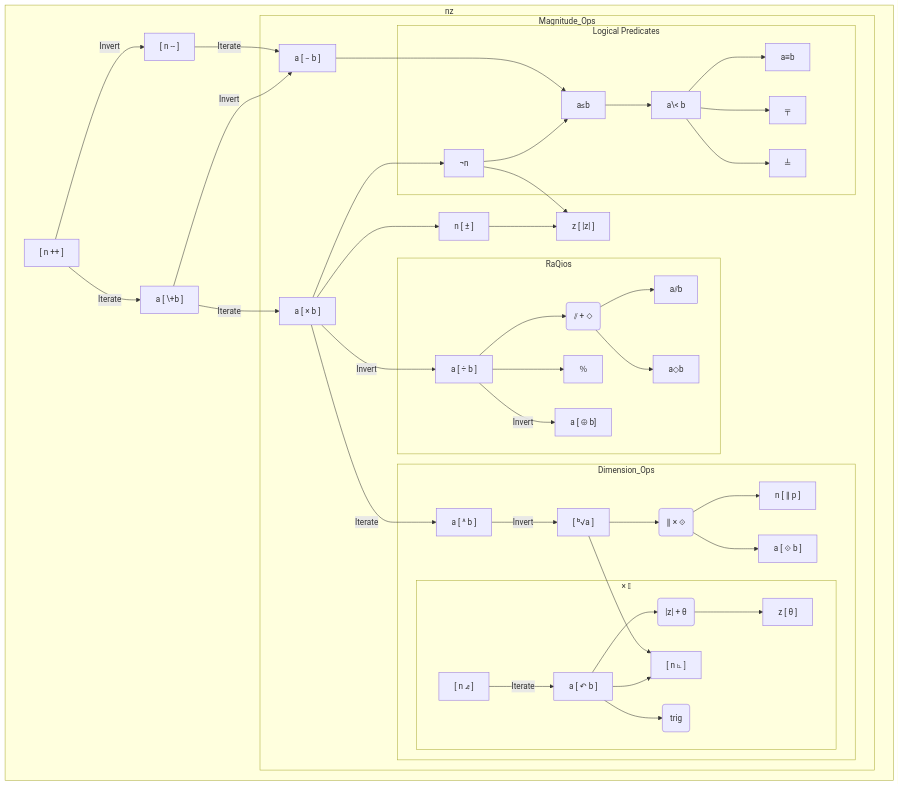
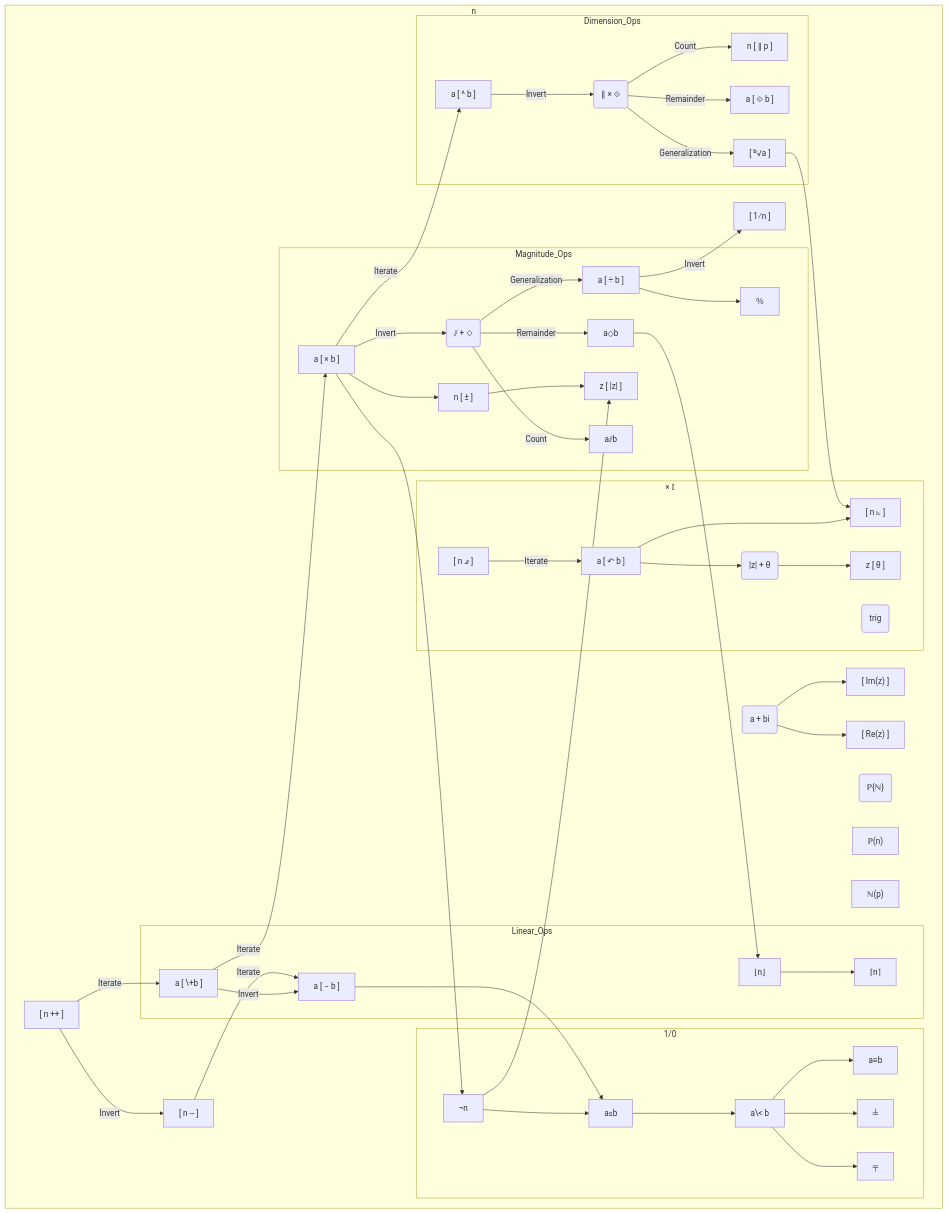
Before and after one commit to Gammapod/AutoCalc: the diagram in docs/design_refs/dependency_map.mmd, drawn with Mermaid. The commit also changed 2 other files, not shown here.

```diff
--- a/docs/design_refs/dependency_map.mmd
+++ b/docs/design_refs/dependency_map.mmd
@@ -14,153 +14,189 @@
 %% Expanded form `5 [ ! ]` -> `[ Πℕ{1..5} ]` (would resolve to 120)
 
 flowchart TD
-    subgraph Step_Horizontal_Vertical_Ops ["nz"]
-        Sinc["[ n ++ ]"]
-        %% Primitive
-        %% Expanded form `[ 4 ++ ]` -> `[ 4 ℕ{..3 4◌⃕5..} ]`
-        %% Completes ℕ on its own
 
-        Sdec["[ n -- ]"]
-        %% Expanded form `[ 4 –– ]` -> `[ 4 ℤ{..3◌⃔4 5..} ]`
-        %% Expanded form `[ 4 –– ]` -> `[ 4 ++⮌ ]`
-        %% Completes ℤ with ++
+    subgraph Step_Identities ["n"]
+        Sinc
+        Sdec
 
-        Sminus["a [ − b ]"]
-        %% Expanded form `[ 4 - 3 ]` -> `[ 4 –– –– –– ]`
-        %% Expanded form `[ 4 - 3 ]` -> `[ 4 +⮌ 3 ]`
+        Sc_tuple
+        Simag
+        Sreal
 
-        Splus["a [ \+b ]"]
-        %% Expanded form `[ 4 + 3 ]` -> `[ 4 ++ ++ ++ ]`  
+        Sp_tuple
+        Snthprime
+        Sindexofp
+        Srecip
+        
+    subgraph Boolean_Identities ["1/0"]
+        Bnotp
+        Bnotgt
+        Bless
+        Beq
+        Bmax
+        Bminim
+    end
 
-        %% Sfloor["⌊n⌋"]
-        %% %% Expanded form `[ ⌊(4/3)⌋ ]` -> `[ (4/3) - ((4/3) ◇ 1) ]`
-        %% Sceil["⌈n⌉"]
-        %% %% %% Expanded form `[ ⌈(4/3)⌉ ]` -> `[ (4/3) + (1 - ((4/3) ◇ 1)) ]`
+    subgraph Linear_Ops
+        Lplus
+        Lminus
 
-        %% Mc_tuple("Re(z) + Im(z)")
-        %% %% Primitives
-        %% Mc_tuple --> Mimag["[ Im(z) ]"]
-        %% %% Expanded form `[ Im(z) ]` -> `[ n - a ↶ 12 ] ]`
-        %% %% Returns the imaginary component (`b` from `a + b×i`) from part of n, 0 possible
-        %% Mc_tuple --> Mreal["[ Re(z) ]"]
-        %% %% Returns the non-imaginary component (`a` from `a + b×i`) from part of n, 0 possible
+        Lfloor
+        Lceil
+    end
+
+    subgraph Magnitude_Ops
+        Mmul
+        Mneg
+        Mmodulus
+        Mdivtuple
+        Meudiv
+        Mmod
+        Mdiv
+        Mper
+    end
+
+    subgraph Dimension_Ops    
+        Epow
+
+        Eradical
+
+        E_tuple
+        Eeurad
+        Eresid           
+    end
+
+    subgraph Rotation_Ops ["× 𝕀"]
+        Rtwentyfourth
+        Rrotate
+        Rquarter
+        Rc_tuple
+        Rtheta
+        Rtrig("trig")
+    end     
+    end
 
 
-        subgraph Magnitude_Ops
-            Mmul["a [ × b ]"]
-            %% Expanded form `[ 4 × 3 ]` -> `[ 4 +4 +4 ]`
+%% Step
+    Sinc["[ n ++ ]"]
+    %% Primitive
+    %% Expanded form `[ 4 ++ ]` -> `[ 4 ℕ{..3 4◌⃕5..} ]`
+    %% Completes ℕ on its own
+    Sinc -->|Invert| Sdec["[ n -- ]"]
+    %% Expanded form `[ 4 –– ]` -> `[ 4 ℤ{..3◌⃔4 5..} ]`
+    %% Expanded form `[ 4 –– ]` -> `[ 4 ++⮌ ]`
+    %% Completes ℤ with ++
+    Sc_tuple("a + bi")
+    %% %% Primitives
+    Sc_tuple --> Simag["[ Im(z) ]"]
+    %% %% Expanded form `[ Im(z) ]` -> `[ n - a ↶ 12 ] ]`
+    %% %% Returns the imaginary component (`b` from `a + b×i`) from part of n, 0 possible
+    Sc_tuple --> Sreal["[ Re(z) ]"]
+    %% %% Returns the non-imaginary component (`a` from `a + b×i`) from part of n, 0 possible
 
-            Mneg["n [ ± ]"]
-            %% Expanded form `[ 4 ± ]` -> `[ 4 × -1 ] ]`
-            %% Expanded form `4 [ ± ]` -> `4 [ ↶ 12 ] ]`
+    Mdiv -->|Invert| Srecip["[ 1⁄n ]"]
+    %% Expanded form `(4/3) [ 1⁄n ]` -> `[ 3 ÷ 4 ]` 
 
-            Mmodulus["z [ |z| ]"]
-            %% Expanded form `[ |4| ]` -> `[ √(Re(4)² + Im(4)²) ]
-            %% Expanded form `[ |4| ]` -> `[ ¬(4) × ±(4) ] + [ ¬¬(4) × (4)  ]`
+    Sp_tuple("ℙ{ℕ}")
+    Snthprime["ℙ(n)"]
+    %% Primitive
+    %% Returns nth prime. ℙ(3) = 5
+    Sindexofp["ℕ(p)"]
+    %% Returns index of prime p. ℙ^-1(5) = 3
+%% 
+%% Linear
+    Lplus -->|Invert| Lminus["a [ − b ]"]
+    %% Expanded form `[ 4 - 3 ]` -> `[ 4 +⮌ 3 ]`
+    Sdec -->|Iterate| Lminus["a [ − b ]"]
+    %% Expanded form `[ 4 - 3 ]` -> `[ 4 –– –– –– ]`
+    Sinc -->|Iterate| Lplus["a [ \+b ]"]
+    %% Expanded form `[ 4 + 3 ]` -> `[ 4 ++ ++ ++ ]`  
+    Mmod --> Lfloor["⌊n⌋"]
+    %% Expanded form `[ ⌊(4/3)⌋ ]` -> `[ (4/3) - ((4/3) ◇ 1) ]`
+    Lfloor --> Lceil["⌈n⌉"]
+    %% Expanded form `[ ⌈(4/3)⌉ ]` -> `[ (4/3) + (1 - ((4/3) ◇ 1)) ]`
+%% 
+%% Magnitude
+    Mmul --> Mneg["n [ ± ]"]
+    %% Expanded form `[ 4 ± ]` -> `[ 4 × -1 ] ]`
+    %% Expanded form `4 [ ± ]` -> `4 [ ↶ 12 ] ]`
+    
+    Lplus -->|Iterate| Mmul["a [ × b ]"]
+    %% Expanded form `[ 4 × 3 ]` -> `[ 4 +4 +4 ]`
+    %% Simag --> Mmodulus
+    %% Sreal --> Mmodulus
+    %% Rrotate -->|Iterate| Mneg["n±"]
+    
+    Mneg --> Mmodulus["z [ |z| ]"]
+    
+    Bnotp --> Mmodulus["z [ |z| ]"]
+    %% Expanded form `[ |4| ]` -> `[ √(Re(4)² + Im(4)²) ]
+    %% Expanded form `[ |4| ]` -> `[ ¬(4) × ±(4) ] + [ ¬¬(4) × (4)  ]`
 
-            subgraph RaQios
+    Mmul -->|Invert| Mdivtuple("⫽ + ◇")
 
-                Qdiv["a [ ÷ b ]"]
-                %% Expanded form `[ 4 ÷ 3 ]` -> `[ 4 × (⅓) ]`
-                %% Expanded form `[ 4 ÷ 3 ]` -> `[ 4 ×⮌ 3 ]`    
+    Mdivtuple -->|Count| Meudiv["a⫽b"]
+    %% Expanded form `[ 4 ⫽ 3 ]` -> `Σ[ ¬(4 – (3 × ℕ)) ]`
 
-                Qrecip["a [ ⨸ b]"]
-                %% Expanded form `[ 4 ⨸ 3 ]` -> `[ 3 ÷ 4 ]` 
+    Mdivtuple -->|Remainder| Mmod["a◇b"]
+    %% Expanded form `[ 4 ◇ 3 ]` -> `[ 3 – (4 × (4 ⫽ 3)) ]`
 
-                Qdivtuple("⫽ + ◇")
-                Qdivtuple --> Meudiv["a⫽b"]
-                %% Expanded form `[ 4 ⫽ 3 ]` -> `Σ[ ¬(4 – (3 × ℕ)) ]`
-                Qdivtuple --> Mmod["a◇b"]
-                %% Expanded form `[ 4 ◇ 3 ]` -> `[ 3 – (4 × (4 ⫽ 3)) ]`
-                Qper["％"]
-                %% Expanded form `[ (a÷100) × b ]` <-- should 100 change based on base setting? 
-            end 
-            Mmul -->|Invert| Qdiv
-            Qdiv --> Qdivtuple
-            Qdiv --> Qper
-            Qdiv -->|Invert| Qrecip
-            
-            subgraph Dimension_Ops    
-                Epow["a [ ^ b ]"]
-                %% Expanded form `[ 4 ^ 3 ]` -> `[ 4 ×4 ×4 ]`
+    Mdivtuple -->|Generalization| Mdiv["a [ ÷ b ]"]
+    %% Expanded form `[ 4 ÷ 3 ]` -> `[ 4 × (⅓) ]`
+    %% Expanded form `[ 4 ÷ 3 ]` -> `[ 4 ×⮌ 3 ]`    
 
-                Eradical["[ ᵇ√a ]"]
-                %% Expanded form `[ ³√(4) ]` -> `[ 4 ^ (1/3) ]`
+    Mdiv --> Mper["％"]
+    %% Expanded form `[ (a÷100) × b ]` <-- should 100 change based on base setting? 
+    
+%% 
+%% Dimension
+    Mmul -->|Iterate| Epow["a [ ^ b ]"]
+    %% Expanded form `[ 4 ^ 3 ]` -> `[ 4 ×4 ×4 ]`
 
-                euradtuple("∥ × ⟐")
-                euradtuple --> Eeurad["n [ ∥ p ]"]
-                %% Expanded form `[ 4 ∥ 3 ]` -> `Σ[ ¬(4 ◇ (3 ^ ℕ)) ]`
+    Epow -->|Invert| E_tuple("∥ × ⟐")
 
-                euradtuple --> Eresid["a [ ⟐ b ]"]
-                %% Expanded form `[ 4 ⟐ 3 ]` -> `[ 4 ÷ (3 ^ (4 ∥ 3)) ]`
+    E_tuple -->|Count| Eeurad["n [ ∥ p ]"]
+    %% Expanded form `[ 4 ∥ 3 ]` -> `Σ[ ¬(4 ◇ (3 ^ ℕ)) ]`
 
-                subgraph Rotation_Ops ["× 𝕀"]
-                    %% VITAL UX: make it abundantly clear that each rotation "unit" is 1/24 of a circle, or pi/12 radians. The math behind the scenes will be (n × e^(i*2pi*(n/24)))
-                    Rtwentyfourth["[ n ⦨ ]"]
-                    %% Primitive
-                    %% Expanded form `[ 4 ⦨ ]` -> `[ 4 × e^(iπ/12)]`
-                    Rrotate["a [ ↶ b ]"]
-                    %% Expanded form `[ 4 ↶ 3 ]` -> `[ 4 × e^{i×2π×(3/24) ]`
-                    %% Expanded form `[ 4 ↶ 3 ]` -> `[ 4 ⦨ ⦨ ⦨ ]`
-                    Rquarter["[ n ⦜ ]"]
-                    %% Primitive?
-                    %% Expanded form `[ 4 ⦜ ]` -> `[ 4 ↶ 6 ]`
-                    %% Expanded form `[ 4 ⦜ ]` -> `[ 4 × √(-1) ]`
-                    Rc_tuple("|z| + θ")
-                    Rc_tuple --> Rtheta["z [ θ ]"]
-                    %% Expanded form `[ z θ ]` -> `[ ln(z{6+7i}/|{6+7i}|)/√(-1)]`
-                    Rtrig("trig")
-                end
-                
-                Rtwentyfourth -->|Iterate| Rrotate
-                Rrotate --> Rquarter
-                Eradical --> Rquarter["[ n ⦜ ]"]
-                Rrotate --> Rc_tuple("|z| + θ")
-                Rrotate --> Rtrig("trig")
-            end
-            Epow -->|Invert| Eradical["[ ᵇ√a ]"]
-            Mmul -->|Iterate| Epow["a [ ^ b ]"]
-            Eradical --> euradtuple
+    E_tuple -->|Remainder| Eresid["a [ ⟐ b ]"]
+    %% Expanded form `[ 4 ⟐ 3 ]` -> `[ 4 ÷ (3 ^ (4 ∥ 3)) ]`
+        
+    E_tuple -->|Generalization| Eradical["[ ᵇ√a ]"]
+    %% Expanded form `[ ³√(4) ]` -> `[ 4 ^ (1/3) ]`
+%%  
+%% Rotation
+    %% VITAL UX: make it abundantly clear that each rotation "unit" is 1/24 of a circle, or pi/12 radians. The math behind the scenes will be (n × e^(i*2pi*(n/24)))
+    Rtwentyfourth["[ n ⦨ ]"]
+    %% Primitive
+    %% Expanded form `[ 4 ⦨ ]` -> `[ 4 × e^(iπ/12)]`
+    Rtwentyfourth -->|Iterate| Rrotate["a [ ↶ b ]"]
+    %% Expanded form `[ 4 ↶ 3 ]` -> `[ 4 × e^{i×2π×(3/24) ]`
+    %% Expanded form `[ 4 ↶ 3 ]` -> `[ 4 ⦨ ⦨ ⦨ ]`
+    Rrotate --> Rquarter["[ n ⦜ ]"]
+    %% Expanded form `[ 4 ⦜ ]` -> `[ 4 ↶ 6 ]`
+    Eradical --> Rquarter["[ n ⦜ ]"]
+    %% Expanded form `[ 4 ⦜ ]` -> `[ 4 × √(-1) ]`
+    Rrotate --> Rc_tuple("|z| + θ")
 
-            subgraph Logic ["Logical Predicates"]
-                Lnot["¬n"]
-                %% Primitive
-                %% Expanded form `[ 0 ≤ n ]
-                Llte["a≤b"]
-                %% Expanded form `[ ¬(a-b) ]
-                Llt["a\< b"]
-                %% Expanded form `[ (a≤b) × ¬(¬(a-b))]
-                Leq["a≡b"]
-                %% Expanded form `[ ¬((a<b) + (b<a)) ]
-                Lmax["╧"]
-                %% Expanded form `[ ((a<b)×b) + ¬((a≤b)×a) ]`
-                Lmin["╤"]  
-                %% Expanded form `[ ((a<b)×a) + ¬((a≤b)×b) ]`
-
-            end
-            Mmul --> Lnot
-            Lnot --> Llte
-            Llte --> Llt
-            Llt --> Leq
-            Llt --> Lmin
-            Llt --> Lmax
-            Sminus --> Llte
-
-        end
-        Mmul --> Mneg
-        Splus -->|Iterate| Mmul["a [ × b ]"]
-        %% Mimag --> Mmodulus
-        %% Mreal --> Mmodulus
-        %% Rrotate -->|Iterate| Mneg["n±"]
-        Mneg --> Mmodulus
-        Lnot --> Mmodulus
-    end
-    Sinc -->|Invert| Sdec["[ n -- ]"]
-    Splus -->|Invert| Sminus["a [ − b ]"]
-    Sdec -->|Iterate| Sminus["a [ − b ]"]
-    Sinc -->|Iterate| Splus["a [ \+b ]"]
-    %% Mmod --> Sfloor
-    %% Sfloor --> Sceil
+    Rc_tuple --> Rtheta["z [ θ ]"]
+    %% Expanded form `[ z θ ]` -> `[ ln(z{6+7i}/|{6+7i}|)/√(-1)]`
+%% 
+%% Logic
+    Mmul --> Bnotp["¬n"]
+    %% Primitive
+    %% Expanded form `[ 0 ≤ n ]
+    Bnotp --> Bnotgt["a≤b"]
+    %% Expanded form `[ ¬(a-b) ]
+    Bnotgt --> Bless["a\< b"]
+    %% Expanded form `[ (a≤b) × ¬(¬(a-b))]
+    Bless --> Beq["a≡b"]
+    %% Expanded form `[ ¬((a<b) + (b<a)) ]
+    Bless --> Bmax["╧"]
+    %% Expanded form `[ ((a<b)×b) + ¬((a≤b)×a) ]`
+    Bless --> Bminim["╤"]  
+    %% Expanded form `[ ((a<b)×a) + ¬((a≤b)×b) ]`
+    Lminus --> Bnotgt
+%% 
 
 %%     subgraph Digits ["Digit Manipulation"]
 %%     %% Currently a dead-end; could lead to more complex cycles
@@ -184,37 +220,32 @@
 %%     Dcount --> Ddigsq
 %%     Dsort --> Drotate
 %%     Dsort --> Dmirror
-%%     Llte --> Digits
+%%     Bnotgt --> Digits
 %%     Mmod --> Ddig
 
 %% subgraph P_Theory ["Returns ℙ (2)"]
 %% %% Still conceptual - has a lot of functions designed, but the way the user will interact with these is not planned yet
-%%     Pntop["ℙ(n)"]
-%%     %% Primitive
-%%     %% Returns nth prime. ℙ(3) = 5
-%%     Ppton["ℙ^-1(p)"]
-%%     %% Returns index of prime p. ℙ^-1(5) = 3
-%%     Pexponent["e"]
-%%     Pprime_expansion["∏ ℙ^e"]
-%%     Pomega["Ω"]
-%%     %% Expanded form `[ Σe_p ]`
-%%     Ptotient["φ"]
-%%     %% Expanded form `[ n × ∏(1-p^-1) ]`
-%%     Pdivisor_sum["σ"]
-%%     %% Expanded form `[ Σ( (d|n) × d) ]`
-%%     Pgcd["⋀"]
-%%     %% Expanded form `[ ∏p^(e_a ╤ e_b) ]`
-%%     Plcm["⋁"]
-%%     %% Expanded form `[ ∏p^(e_a ╧ e_b) ]`    
+    %% Pexponent["e"]
+    %% Pprime_expansion["∏ ℙ^e"]
+    %% Pomega["Ω"]
+    %% %% Expanded form `[ Σe_p ]`
+    %% Ptotient["φ"]
+    %% %% Expanded form `[ n × ∏(1-p^-1) ]`
+    %% Pdivisor_sum["σ"]
+    %% %% Expanded form `[ Σ( (d|n) × d) ]`
+    %% Pgcd["⋀"]
+    %% %% Expanded form `[ ∏p^(e_a ╤ e_b) ]`
+    %% Plcm["⋁"]
+    %% Expanded form `[ ∏p^(e_a ╧ e_b) ]`    
 %% end
-%% Pntop --> Ptotient
-%% Pntop --> Ppton
+%% Snthprime --> Ptotient
+%% Snthprime --> Sindexofp
 %% Pprime_expansion --> Pomega
-%% Ppton --> Pprime_expansion
-%% Pntop --> Pgcd
+%% Sindexofp --> Pprime_expansion
+%% Snthprime --> Pgcd
 %% Pexponent --> Pgcd
 %% Pexponent --> Plcm
-%% Pntop --> Plcm
-%% Pntop --> Pexponent
-%% Lmin --> Plcm
-%% Lmax --> Pgcd
+%% Snthprime --> Plcm
+%% Snthprime --> Pexponent
+%% Bminim --> Plcm
+%% Bmax --> Pgcd
```
